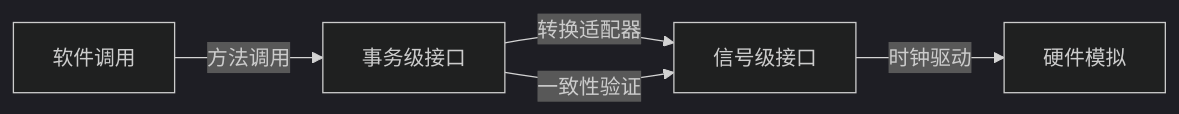
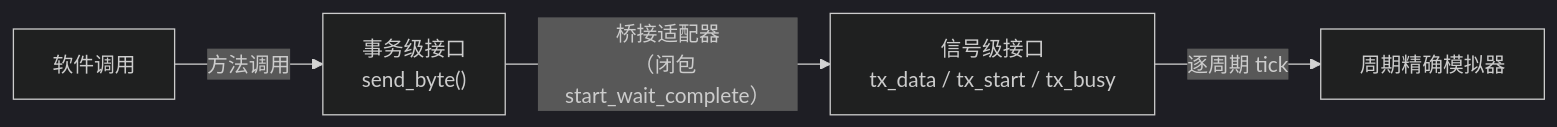
Diagram 24 of 25 in docs/requirements/2. 设计目标.md (TangCan/bitloom), drawn with Mermaid (dark theme) before and after one commit. The commit also changed other lines of this file and 17 other files, not shown here.

````diff
--- a/docs/requirements/2. 设计目标.md
+++ b/docs/requirements/2. 设计目标.md
@@ -510,8 +536,6 @@
 ```mermaid
 flowchart LR
-    SW[软件调用] -->|方法调用| TLM[事务级接口]
-    TLM -->|转换适配器| RTL[信号级接口]
-    RTL -->|时钟驱动| HW[硬件模拟]
-    TLM -->|一致性验证| RTL
-
+    SW[软件调用] -->|方法调用| TLM["事务级接口<br>send_byte()"]
+    TLM -->|桥接适配器<br>（闭包 start_wait_complete）| RTL[信号级接口<br>tx_data / tx_start / tx_busy]
+    RTL -->|逐周期 tick| HW[周期精确模拟器]
 ```
````
